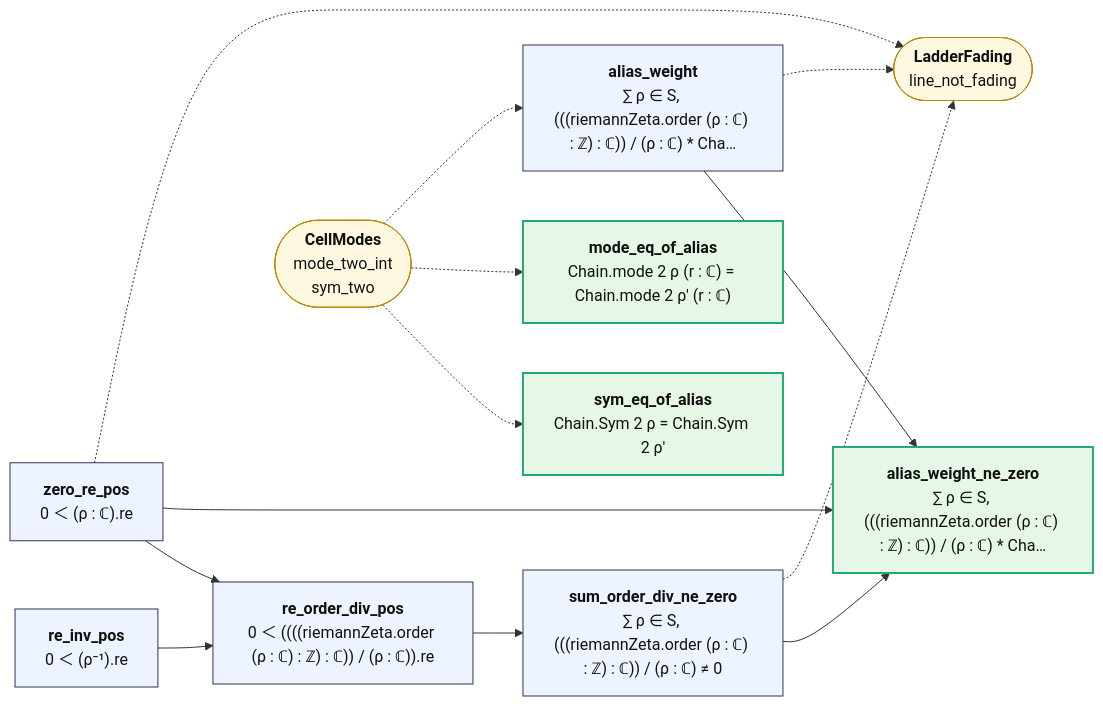
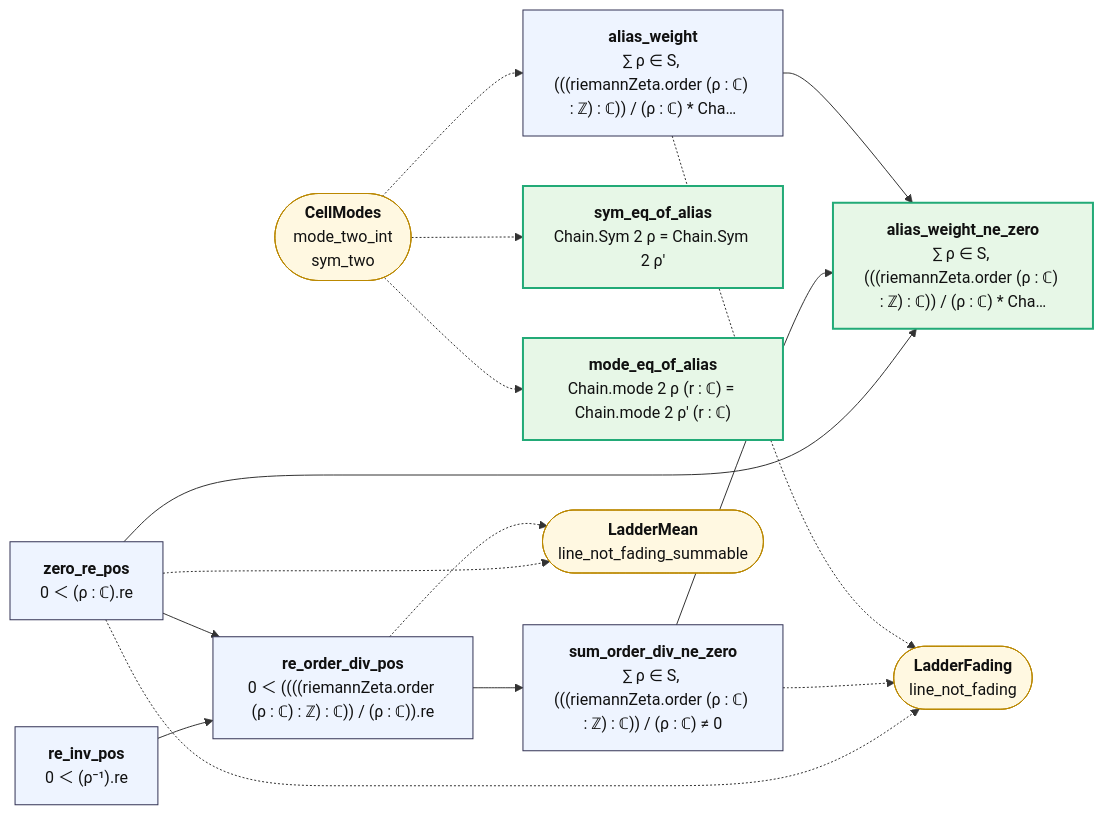
Before and after one commit to juliansambranojr/Primebeat_081426: the diagram in map/lean_stage3/AliasClass.mmd, drawn with Mermaid. The commit also changed 33 other files, not shown here.

First line of the commit message:
LadderMean.lean: infinitely many zeros on one line do not fade from the one ladder's cells, given summable weights (mean_extract, line_not_fading_summable); unit 0431 records where the general case of joint 10 stops and why; unit 0432 logged; map refreshed from Lean

```diff
--- a/map/lean_stage3/AliasClass.mmd
+++ b/map/lean_stage3/AliasClass.mmd
@@ -1,28 +1,31 @@
 flowchart LR
   n0["<b>re_inv_pos</b><br/>0 ＜ (ρ⁻¹).re"]:::thm
   n1["<b>zero_re_pos</b><br/>0 ＜ (ρ : ℂ).re"]:::thm
   n2["<b>re_order_div_pos</b><br/>0 ＜ ((((riemannZeta.order (ρ : ℂ) : ℤ) : ℂ)) / (ρ : ℂ)).re"]:::thm
   n3["<b>sum_order_div_ne_zero</b><br/>∑ ρ ∈ S, (((riemannZeta.order (ρ : ℂ) : ℤ) : ℂ)) / (ρ : ℂ) ≠ 0"]:::thm
   n4["<b>sym_eq_of_alias</b><br/>Chain.Sym 2 ρ = Chain.Sym 2 ρ'"]:::end_
   n5["<b>mode_eq_of_alias</b><br/>Chain.mode 2 ρ (r : ℂ) = Chain.mode 2 ρ' (r : ℂ)"]:::end_
   n6["<b>alias_weight</b><br/>∑ ρ ∈ S, (((riemannZeta.order (ρ : ℂ) : ℤ) : ℂ)) / (ρ : ℂ) * Cha…"]:::thm
   n7["<b>alias_weight_ne_zero</b><br/>∑ ρ ∈ S, (((riemannZeta.order (ρ : ℂ) : ℤ) : ℂ)) / (ρ : ℂ) * Cha…"]:::end_
   x0(["<b>LadderFading</b><br/>line_not_fading"]):::ext
-  x1(["<b>CellModes</b><br/>mode_two_int<br/>sym_two"]):::ext
+  x1(["<b>LadderMean</b><br/>line_not_fading_summable"]):::ext
+  x2(["<b>CellModes</b><br/>mode_two_int<br/>sym_two"]):::ext
   n0 --> n2
   n1 --> n2
   n1 --> n7
   n2 --> n3
   n3 --> n7
   n6 --> n7
   n1 -.-> x0
+  n1 -.-> x1
+  n2 -.-> x1
   n3 -.-> x0
   n6 -.-> x0
-  x1 -.-> n4
-  x1 -.-> n5
-  x1 -.-> n6
+  x2 -.-> n4
+  x2 -.-> n5
+  x2 -.-> n6
   classDef thm fill:#eef4ff,stroke:#335,color:#111
   classDef end_ fill:#e7f7e7,stroke:#2a7,color:#111,stroke-width:2px
   classDef lone fill:#fff,stroke:#999,color:#111,stroke-dasharray:4 3
   classDef bad fill:#ffe5e5,stroke:#c22,color:#111,stroke-width:2px
   classDef ext fill:#fff8e1,stroke:#b80,color:#111
```
